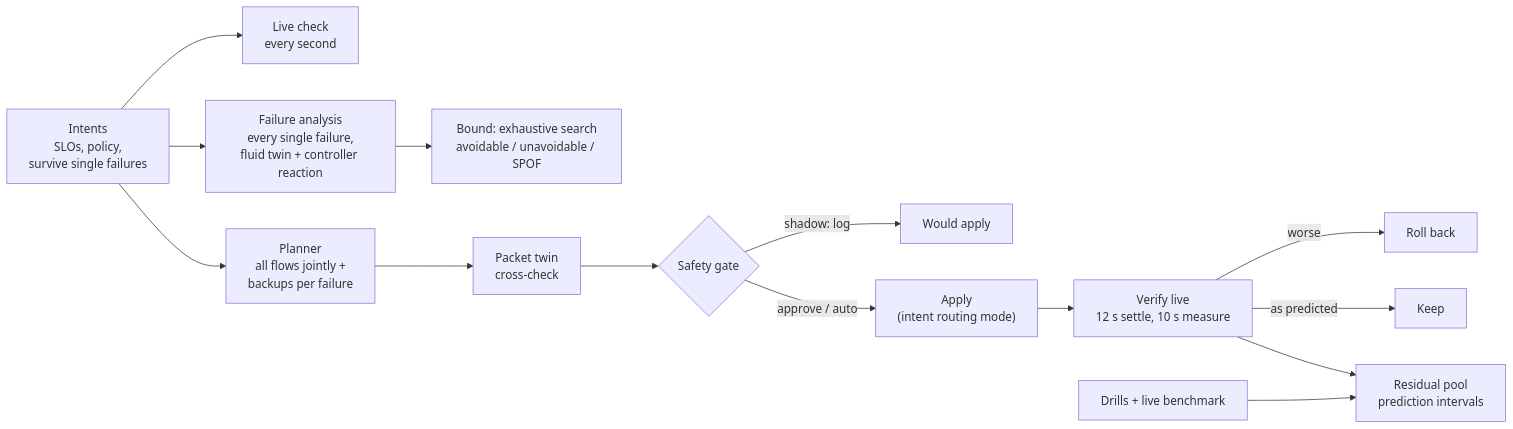
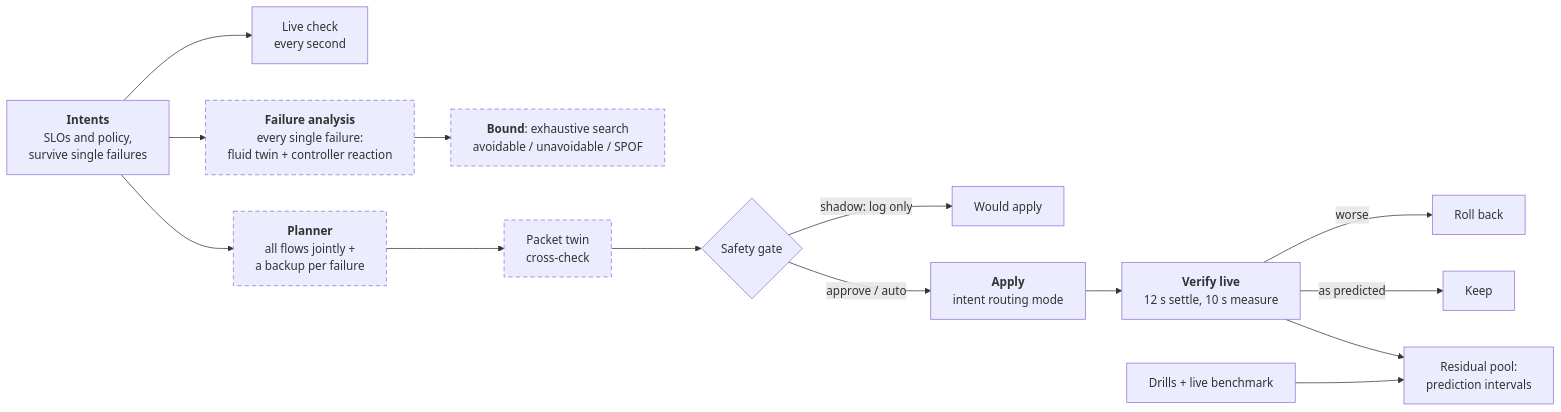
Before and after one commit to hrdk6/NETVISTA: the eighth of 10 diagrams in README.md, drawn with Mermaid. The commit also changed other lines of this file, not shown here.

First line of the commit message:
README: fix clipped Mermaid diagrams on GitHub, redraw the architecture, add two diagrams

````diff
--- a/README.md
+++ b/README.md
@@ -200,16 +243,19 @@
 ```mermaid
+%%{init: {"flowchart": {"wrappingWidth": 300}} }%%
 flowchart LR
-    I["Intents<br/>SLOs, policy,<br/>survive single failures"] --> L["Live check<br/>every second"]
-    I --> F["Failure analysis<br/>every single failure,<br/>fluid twin + controller reaction"]
-    F --> B["Bound: exhaustive search<br/>avoidable / unavoidable / SPOF"]
-    I --> P["Planner<br/>all flows jointly +<br/>backups per failure"]
-    P --> X["Packet twin<br/>cross-check"]
+    I["<b>Intents</b><br/>SLOs and policy,<br/>survive single failures"] --> L["Live check<br/>every second"]
+    I --> F["<b>Failure analysis</b><br/>every single failure:<br/>fluid twin + controller reaction"]:::sim
+    F --> B["<b>Bound</b>: exhaustive search<br/>avoidable / unavoidable / SPOF"]:::sim
+    I --> P["<b>Planner</b><br/>all flows jointly +<br/>a backup per failure"]:::sim
+    P --> X["Packet twin<br/>cross-check"]:::sim
     X --> G{"Safety gate"}
-    G -->|"shadow: log"| S["Would apply"]
-    G -->|"approve / auto"| A["Apply<br/>(intent routing mode)"]
-    A --> V["Verify live<br/>12 s settle, 10 s measure"]
+    G -->|"shadow: log only"| S["Would apply"]
+    G -->|"approve / auto"| A["<b>Apply</b><br/>intent routing mode"]
+    A --> V["<b>Verify live</b><br/>12 s settle, 10 s measure"]
     V -->|"worse"| R["Roll back"]
     V -->|"as predicted"| K["Keep"]
-    V --> U["Residual pool<br/>prediction intervals"]
+    V --> U["Residual pool:<br/>prediction intervals"]
     D["Drills + live benchmark"] --> U
+
+    classDef sim stroke-dasharray: 6 4
 ```
````
